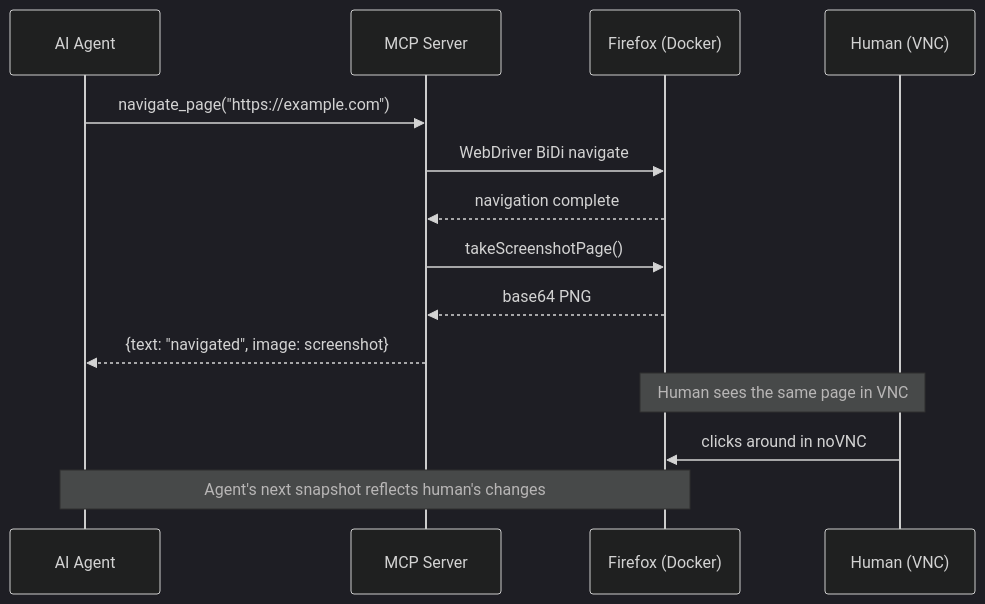
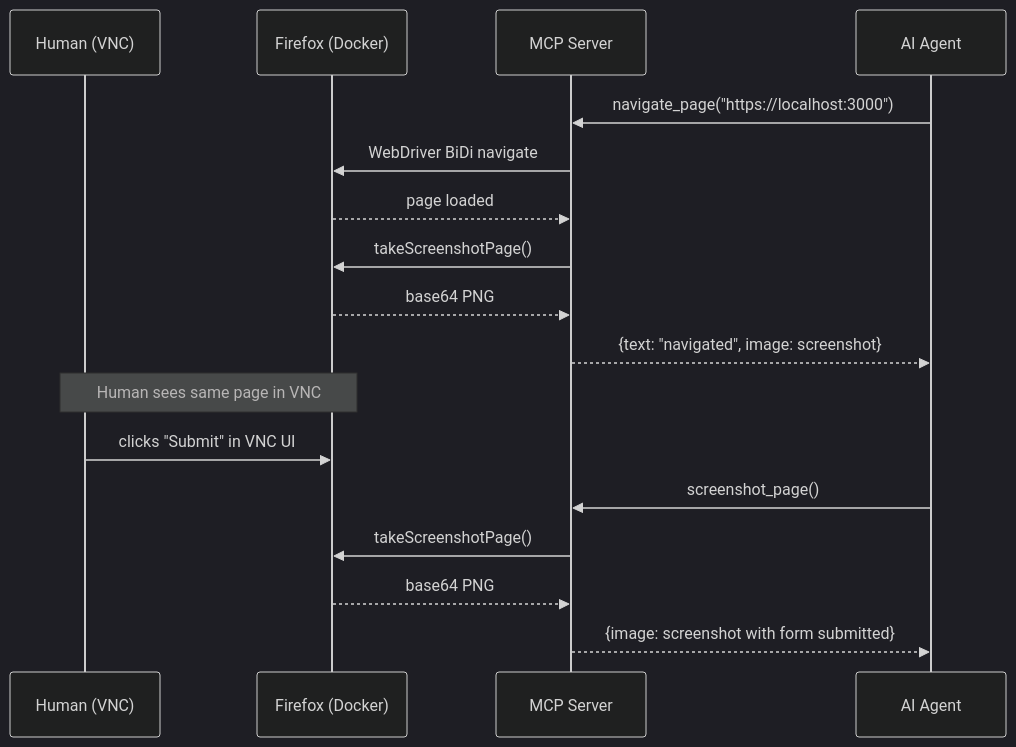
Before and after one commit to luutuankiet/firefox-docker-mcp: the diagram in releases/v0.1.0.md, drawn with Mermaid (dark theme). The commit also changed other lines of this file and 2 other files, not shown here.

````diff
--- a/releases/v0.1.0.md
+++ b/releases/v0.1.0.md
@@ -26,18 +29,22 @@
 ```mermaid
 sequenceDiagram
-    participant Agent as AI Agent
-    participant MCP as MCP Server
-    participant FF as Firefox (Docker)
-    participant Human as Human (VNC)
+    participant H as Human (VNC)
+    participant F as Firefox (Docker)
+    participant M as MCP Server
+    participant A as AI Agent
 
-    Agent->>MCP: navigate_page("https://example.com")
-    MCP->>FF: WebDriver BiDi navigate
-    FF-->>MCP: navigation complete
-    MCP->>FF: takeScreenshotPage()
-    FF-->>MCP: base64 PNG
-    MCP-->>Agent: {text: "navigated", image: screenshot}
+    A->>M: navigate_page("https://localhost:3000")
+    M->>F: WebDriver BiDi navigate
+    F-->>M: page loaded
+    M->>F: takeScreenshotPage()
+    F-->>M: base64 PNG
+    M-->>A: {text: "navigated", image: screenshot}
 
-    Note over Human,FF: Human sees the same page in VNC
-    Human->>FF: clicks around in noVNC
-    Note over Agent,FF: Agent's next snapshot reflects human's changes
+    Note over H,F: Human sees same page in VNC
+
+    H->>F: clicks "Submit" in VNC UI
+    A->>M: screenshot_page()
+    M->>F: takeScreenshotPage()
+    F-->>M: base64 PNG
+    M-->>A: {image: screenshot with form submitted}
 ```
````
